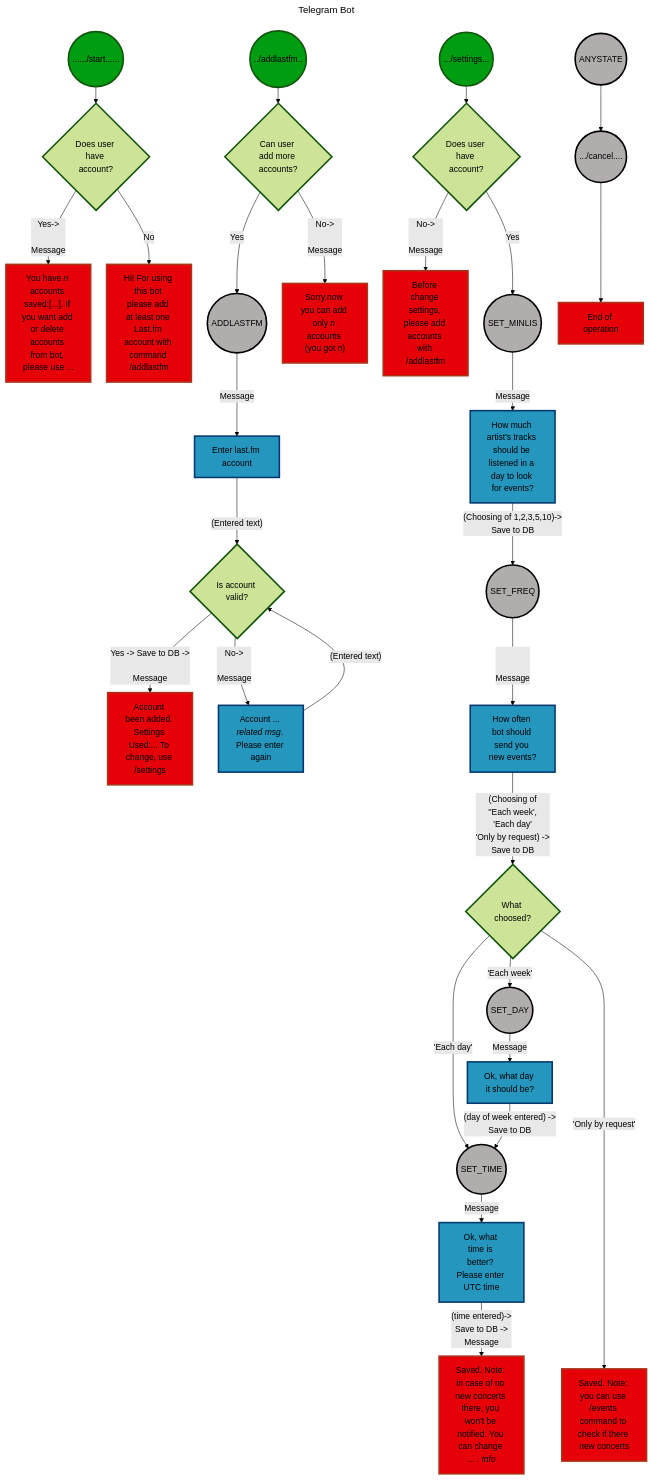
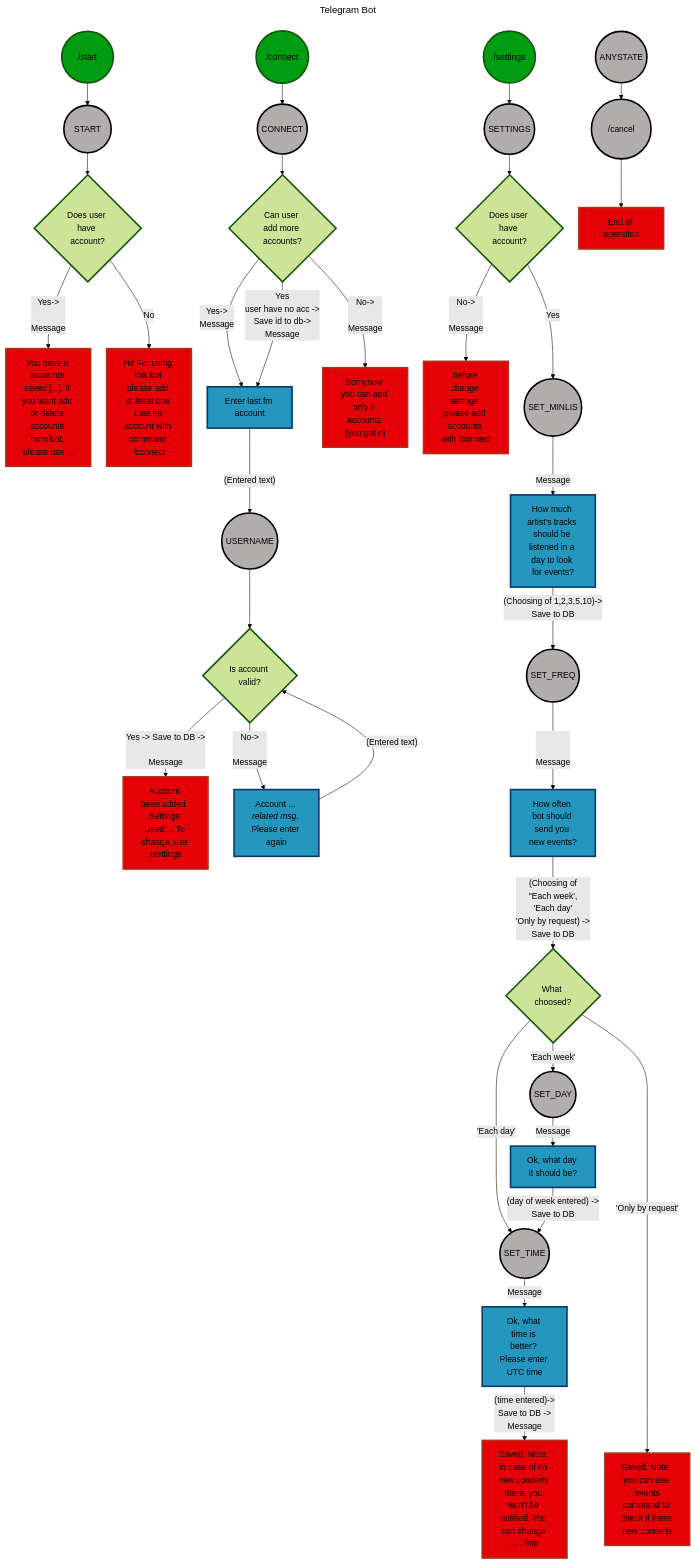
The diagram in diagram.mmd (baidakovil/GreenGrassBot), drawn with Mermaid before and after one commit. The commit also changed 5 other files, not shown here.

```diff
--- a/diagram.mmd
+++ b/diagram.mmd
@@ -1,59 +1,59 @@
 ---
 title: Telegram Bot
 ---
 %%{
     init: {
         'theme': 'forest',
         'flowchart': {
                     'diagramPadding':30,
                     'titleTopMargin':25,
                     'nodeSpacing':30,
                     'rankSpacing':30,
                     'curve':'basis',
                     'padding':15,
                     'defaultRenderer':'dagre-wrapper',
                     'wrappingWidth':100
                     },
         'themeVariables': {
                             }
             }
     }%%
 
 flowchart TB
-    A((....../start......)) --> B{"`Does user have account?`"}
+    A(("⠀⠀/start⠀⠀")) --> A1(("⠀START⠀"))-->B{"`Does user have account?`"}
     B -->|Yes-></br></br>Message| C1["`You have *n* accounts saved:[...]. If you want add or delete accounts from bot, please use ...`"]
-    B -->|No| C2["`Hi! For using this bot please add at least one Last.fm account with command /addlastfm`"]
-    D -->|Message| E["`Enter last.fm account`"]
-    E -->|"(Entered text)"| F{Is account valid?}
+    B -->|No| C2["`Hi! For using this bot please add at least one Last.fm account with command /connect`"]
+    J -->|Yes-></br>Message|E["`Enter last.fm account`"]
+    J -->|Yes</br>user have no acc -></br> Save id to db-></br>Message|E["`Enter last.fm account`"]
+    J -->|No-></br></br>Message|K["`Sorry,now you can add only *n* accounts (you got *n*)`"]
+    E -->|"(Entered text)"|E1((USERNAME))-->F{Is account valid?}
     F -->|Yes -> Save to DB -></br></br>Message| G["`Account been added. Settings Used:... To change, use /settings`"]
     F -->|No-></br></br>Message| H["`Account ... *related msg*. Please enter again`"]
     H -->|"(Entered text)"|F
-    I((../addlastfm..))-->J{"`Can user add more accounts?`"}
-    J -->|Yes|D((ADDLASTFM))
-    J -->|No-></br></br>Message|K["`Sorry,now you can add only *n* accounts (you got *n*)`"]
-    L((".../settings...")) --> M{"`Does user have account?`"}
-    M -->|No-></br></br>Message| N["`Before change settings, please add accounts with /addlastfm`"]
+    I(("⠀/connect⠀"))-->D(("CONNECT"))-->J{"`Can user add more accounts?`"}
+    L(("⠀/settings⠀")) --> L1(("SETTINGS"))-->M{"`Does user have account?`"}
+    M -->|No-></br></br>Message| N["`Before change settings, please add accounts with /connect`"]
     M -->|Yes| O((SET_MINLIS))
     O -->|Message|P["`How much artist's tracks should be listened in a day to look for events?`"]
     P -->|"(Choosing of 1,2,3,5,10)-></br>Save to DB"| P1((SET_FREQ))
     P1-->|"</br></br>Message"| Q["`How often bot should send you new events?`"]
     Q-->|"(Choosing of </br>''Each week',</br>'Each day'</br>'Only by request) -></br>Save to DB"|R{What choosed?}
     R-->|'Each day'|R2
     S1["`Ok, what time is better? Please enter UTC time`"]-->|"(time entered)-> </br>Save to DB -> </br>Message"|T["`Saved. Note: in case of no new concerts there, you won't be notified. You can change ... . *Info*`"]
     R-->|'Each week'|R1((SET_DAY))-->|Message|S2["`Ok, what day it should be?`"]
     S2-->|"(day of week entered) -> </br>Save to DB"|R2((SET_TIME))-->|Message|S1
     R------>|'Only by request'|U["`Saved. Note: you can use /events command to check if there new concerts`"]
 
-    Z1((ANYSTATE))-->Z2((.../cancel....))-->Z3[End of operation]
+    Z1((ANYSTATE))-->Z2(("⠀⠀/cancel⠀⠀"))-->Z3[End of operation]
 
 
     classDef default stroke-width:3px
     classDef userInput fill:#2596be,stroke:#063970
     classDef state fill:#B1ADAD,stroke:#000000
     classDef entryPoint fill:#009c11
     classDef termination fill:#E60109,stroke:#ab341a
     class A,I,L entryPoint
     class B,F,M,P,R decision
     class C1,C2,G,K,N,T,U,Z3 termination
-    class D,O,P1,R1,R2,Z1,Z2 state
+    class A1,E1,D,O,L1,P1,R1,R2,Z1,Z2 state
     class E,H,P,Q,S1,S2 userInput
```
